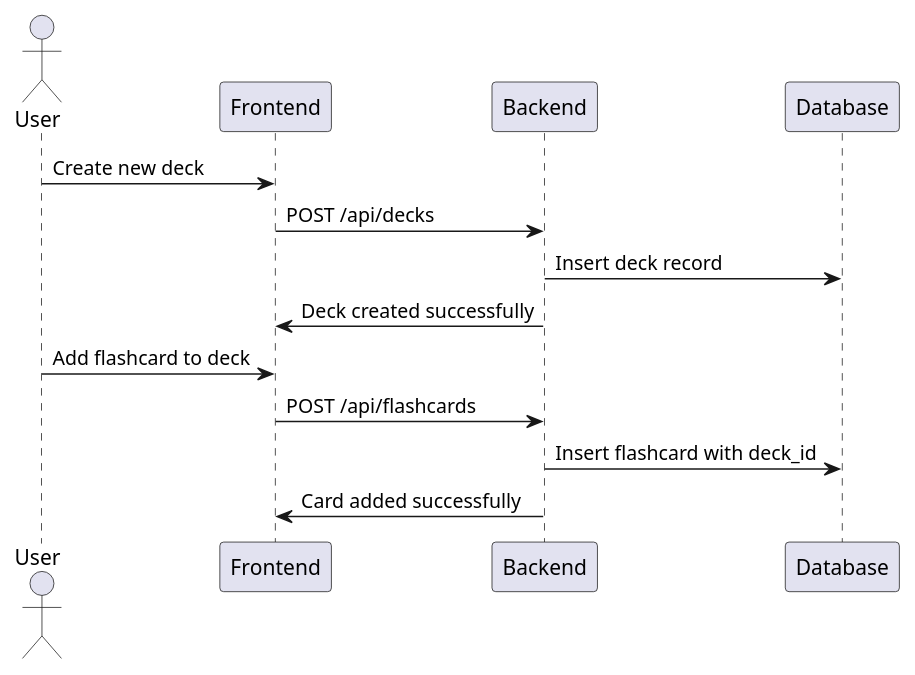
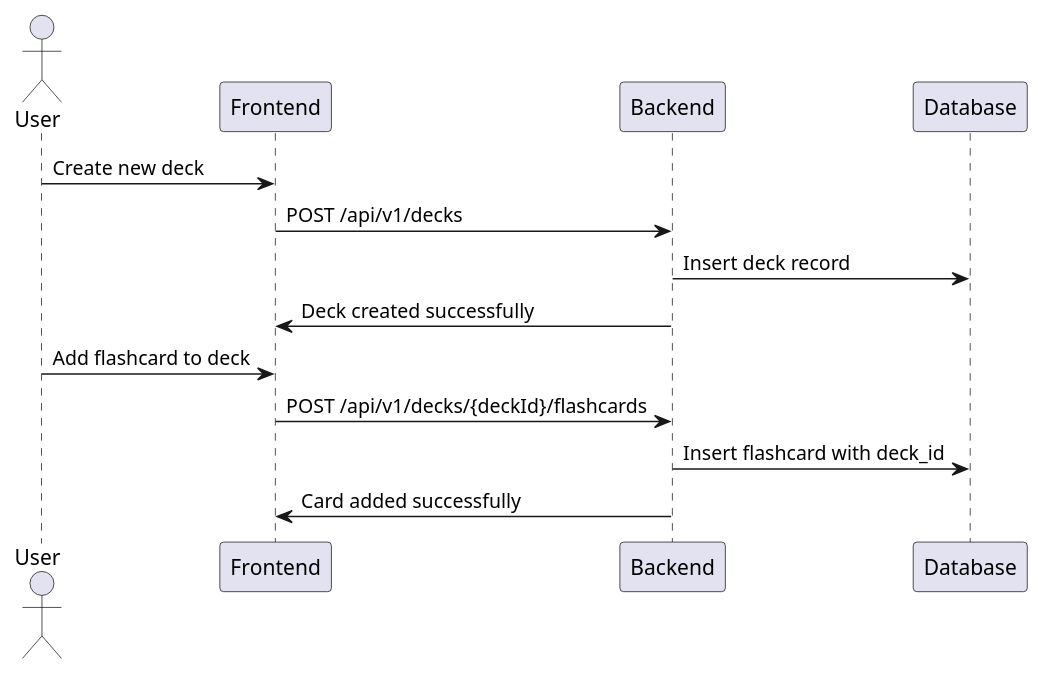
The second of 2 diagrams in flashcard-management-plan.md (spaced-repetition-app/backend), drawn with PlantUML before and after one commit. The commit also changed other lines of this file and 1 other file, not shown here.

````diff
--- a/flashcard-management-plan.md
+++ b/flashcard-management-plan.md
@@ -336,18 +331,18 @@
 ```plantuml
 @startuml
 actor User
 participant Frontend
 participant Backend
 participant Database
 
 User -> Frontend: Create new deck
-Frontend -> Backend: POST /api/decks
+Frontend -> Backend: POST /api/v1/decks
 Backend -> Database: Insert deck record
 Backend -> Frontend: Deck created successfully
 
 User -> Frontend: Add flashcard to deck
-Frontend -> Backend: POST /api/flashcards
+Frontend -> Backend: POST /api/v1/decks/{deckId}/flashcards
 Backend -> Database: Insert flashcard with deck_id
 Backend -> Frontend: Card added successfully
 @enduml
 ```
````
